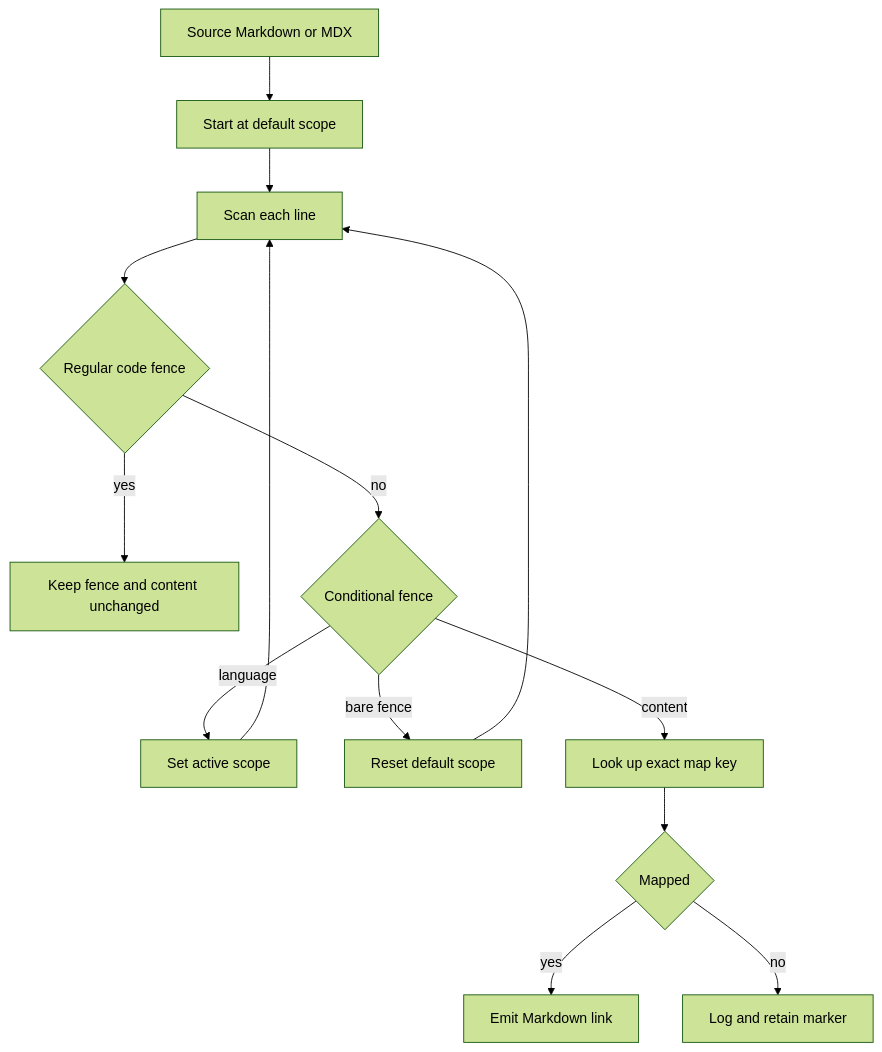
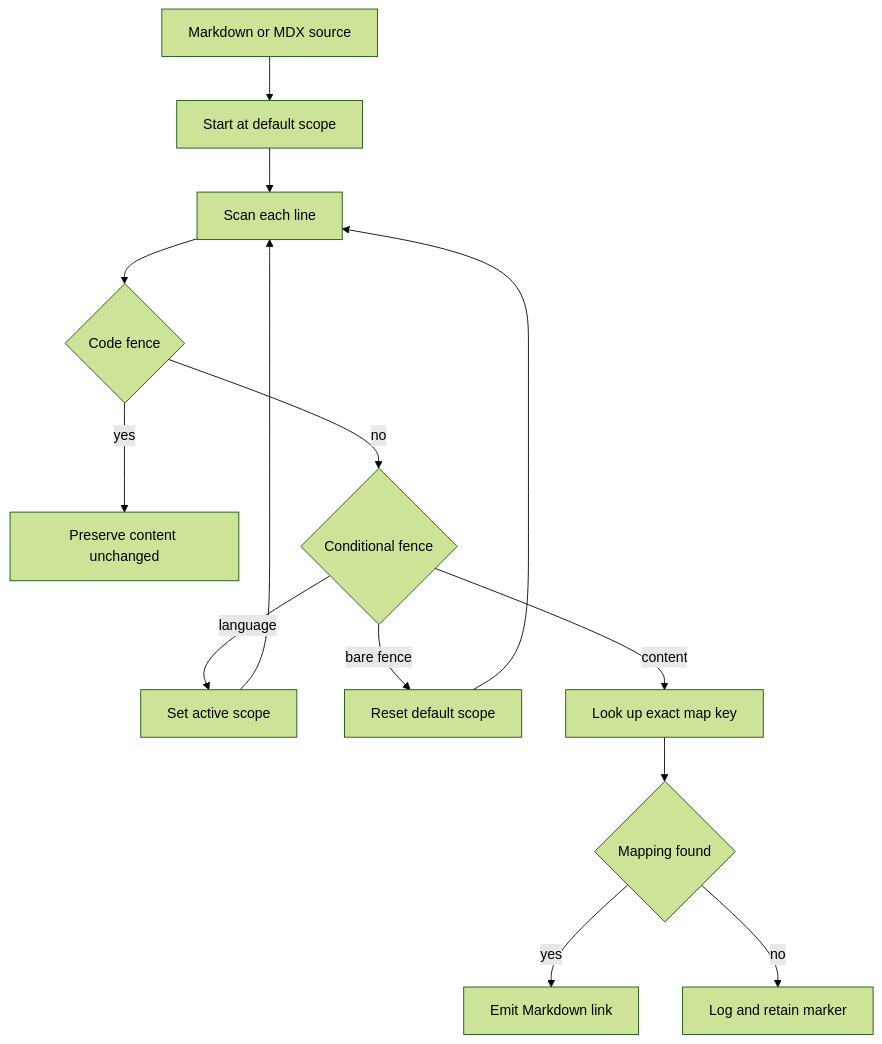
The diagram in openwiki/operations/cross-references.md (rishi-raj-jain/docs-1), drawn with Mermaid (forest theme) before and after one commit. The commit also changed other lines of this file and 53 other files, not shown here.

````diff
--- a/openwiki/operations/cross-references.md
+++ b/openwiki/operations/cross-references.md
@@ -85,16 +61,16 @@
 ```mermaid
 flowchart TD
-    Source["Source Markdown or MDX"] --> Scope["Start at default scope"]
+    Source["Markdown or MDX source"] --> Scope["Start at default scope"]
     Scope --> Scan["Scan each line"]
-    Scan --> Code{"Regular code fence"}
-    Code -->|"yes"| Keep["Keep fence and content unchanged"]
+    Scan --> Code{"Code fence"}
+    Code -->|"yes"| Preserve["Preserve content unchanged"]
     Code -->|"no"| Conditional{"Conditional fence"}
     Conditional -->|"language"| SetScope["Set active scope"]
     Conditional -->|"bare fence"| Reset["Reset default scope"]
     Conditional -->|"content"| Lookup["Look up exact map key"]
     SetScope --> Scan
     Reset --> Scan
-    Lookup --> Result{"Mapped"}
-    Result -->|"yes"| Link["Emit Markdown link"]
-    Result -->|"no"| Literal["Log and retain marker"]
+    Lookup --> Found{"Mapping found"}
+    Found -->|"yes"| Link["Emit Markdown link"]
+    Found -->|"no"| Literal["Log and retain marker"]
 ```
````
